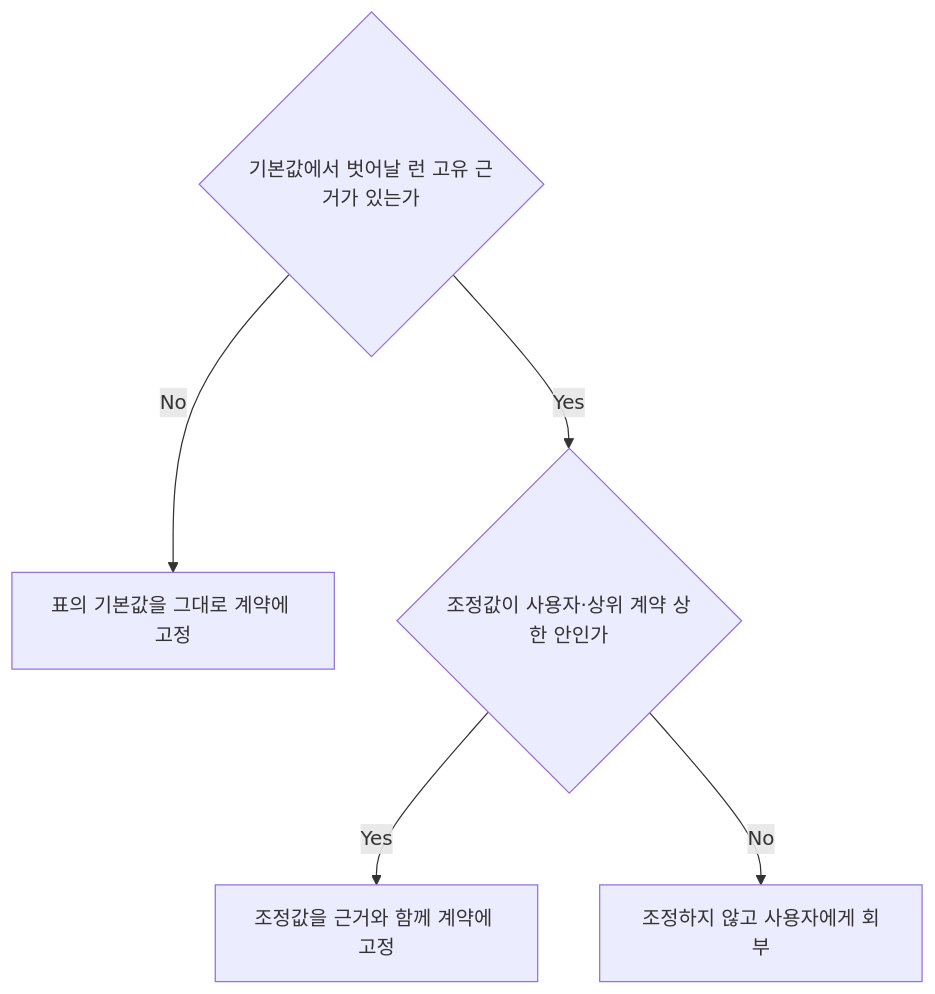
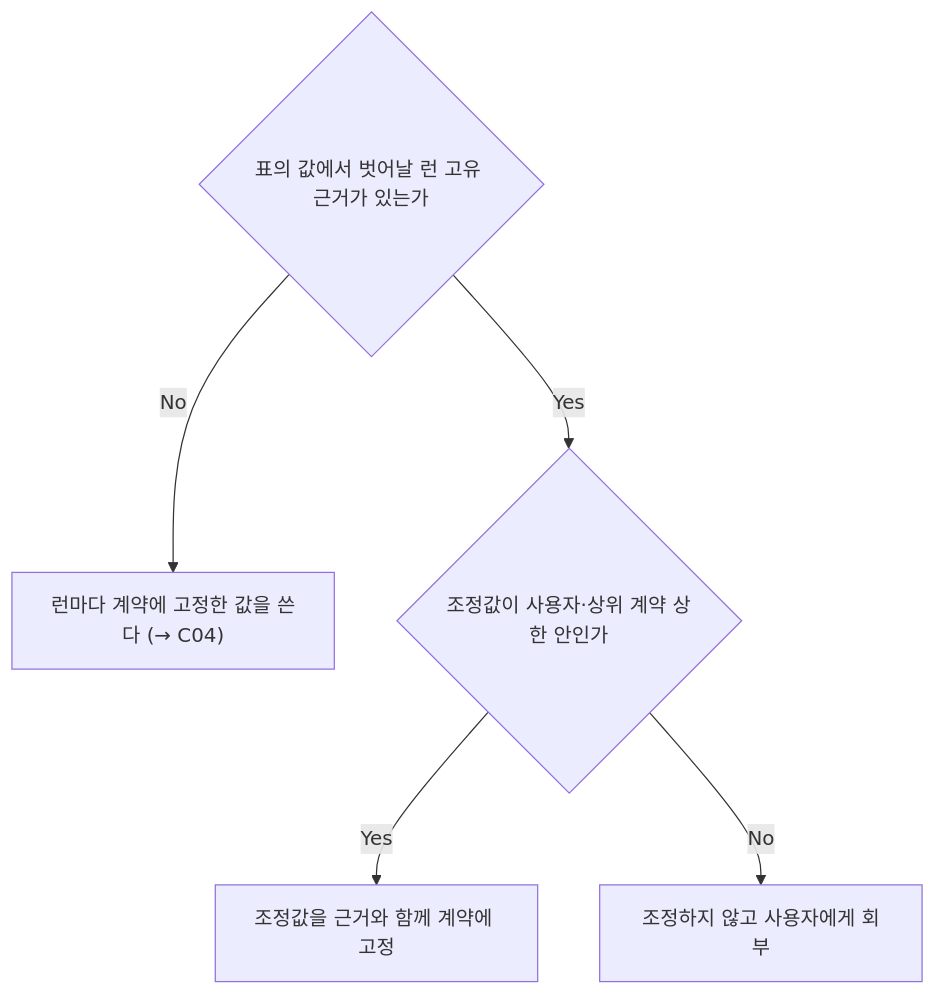
Before and after one commit to kys0213/kys-claude-plugin: the second of 7 diagrams in plugins/atelier/skills/orchestrator/references/autonomous-driving.md, drawn with Mermaid. The commit also changed other lines of this file, not shown here.

First line of the commit message:
docs(atelier): close autonomous-driving graph gaps

````diff
--- a/plugins/atelier/skills/orchestrator/references/autonomous-driving.md
+++ b/plugins/atelier/skills/orchestrator/references/autonomous-driving.md
@@ -47,7 +47,7 @@
 ```mermaid
 flowchart TD
-  D58_q1{"기본값에서 벗어날 런 고유 근거가 있는가"} -->|No| D58_t1["표의 기본값을 그대로 계약에 고정"]
+  D58_q1{"표의 값에서 벗어날 런 고유 근거가 있는가"} -->|No| D58_t1["런마다 계약에 고정한 값을 쓴다 (→ C04)"]
   D58_q1 -->|Yes| D58_q2{"조정값이 사용자·상위 계약 상한 안인가"}
   D58_q2 -->|Yes| D58_t2["조정값을 근거와 함께 계약에 고정"]
   D58_q2 -->|No| D58_t3["조정하지 않고 사용자에게 회부"]
 ```
````
